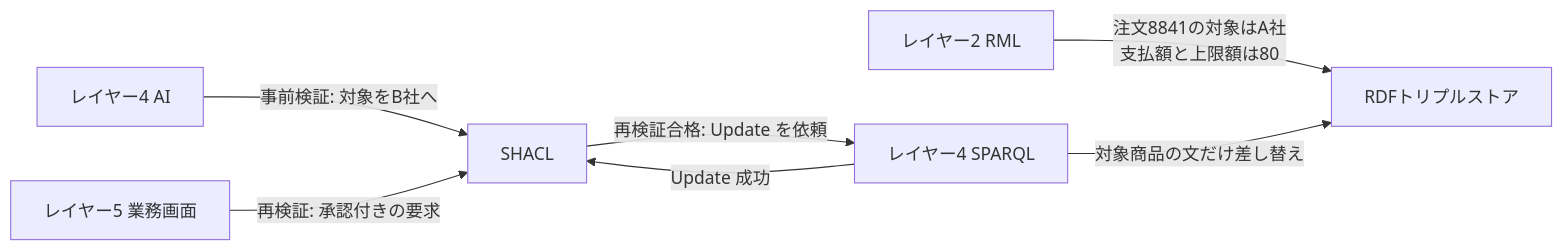
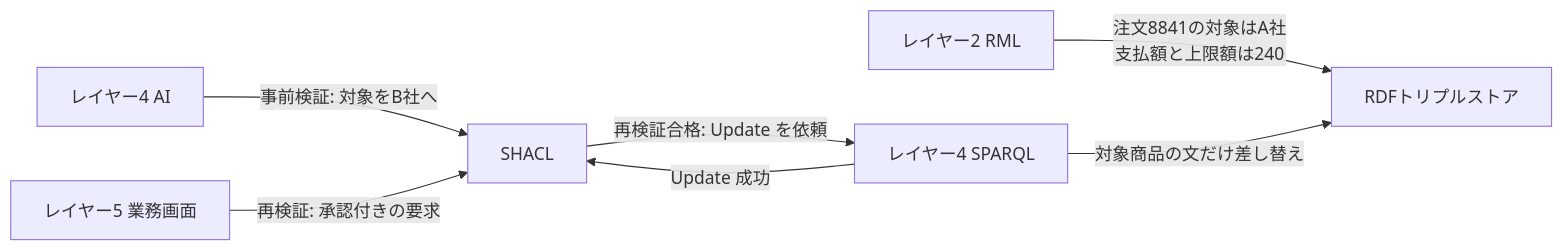
One commit to nit-kl/Ontology_Study changed the first of 2 diagrams in docs/layer-3.md. Above: the diagram before and after it, drawn with Mermaid. The commit also changed other lines of this file and 10 other files, not shown here.

````diff
--- a/docs/layer-3.md
+++ b/docs/layer-3.md
@@ -178,15 +294,15 @@
 ```mermaid
 flowchart LR
     RML["レイヤー2 RML"]
     STORE["RDFトリプルストア"]
     AI["レイヤー4 AI"]
     UI["レイヤー5 業務画面"]
     SHACL["SHACL"]
     SP["レイヤー4 SPARQL"]
-    RML -->|"注文8841の対象はA社<br/>支払額と上限額は80"| STORE
+    RML -->|"注文8841の対象はA社<br/>支払額と上限額は240"| STORE
     AI -->|"事前検証: 対象をB社へ"| SHACL
     UI -->|"再検証: 承認付きの要求"| SHACL
     SHACL -->|"再検証合格: Update を依頼"| SP
     SP -->|"対象商品の文だけ差し替え"| STORE
     SP -->|"Update 成功"| SHACL
 ```
````
